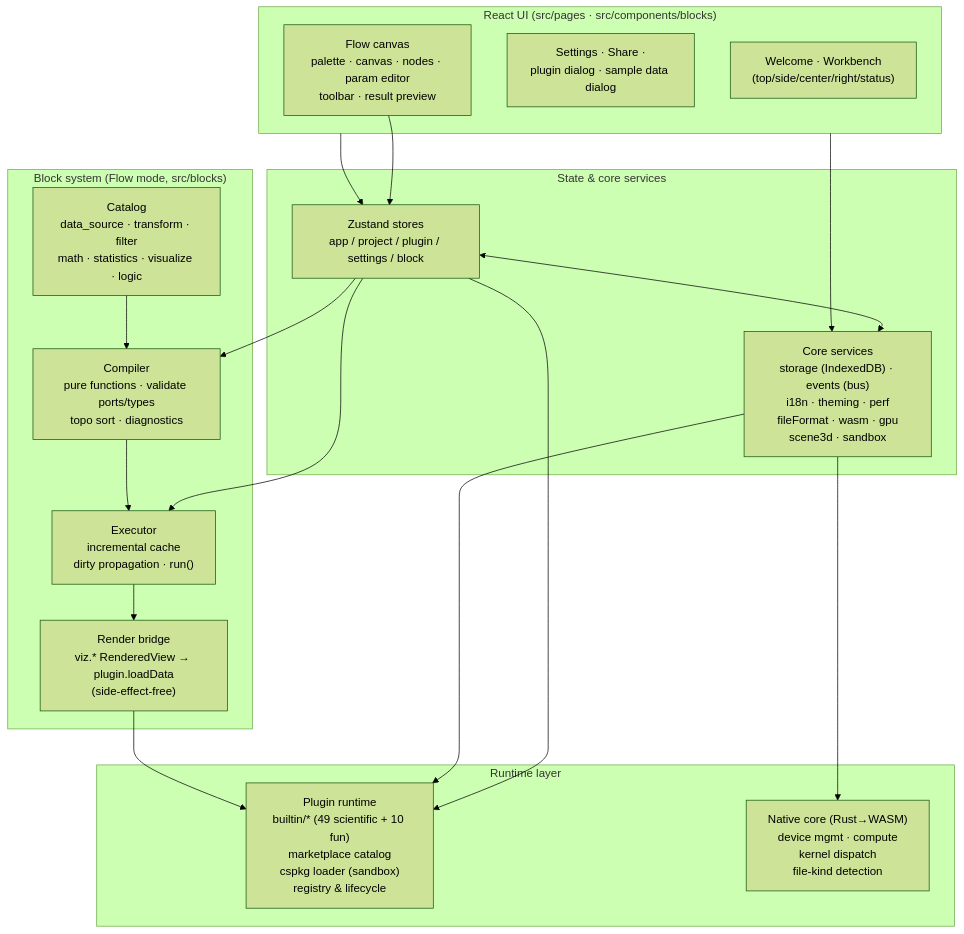
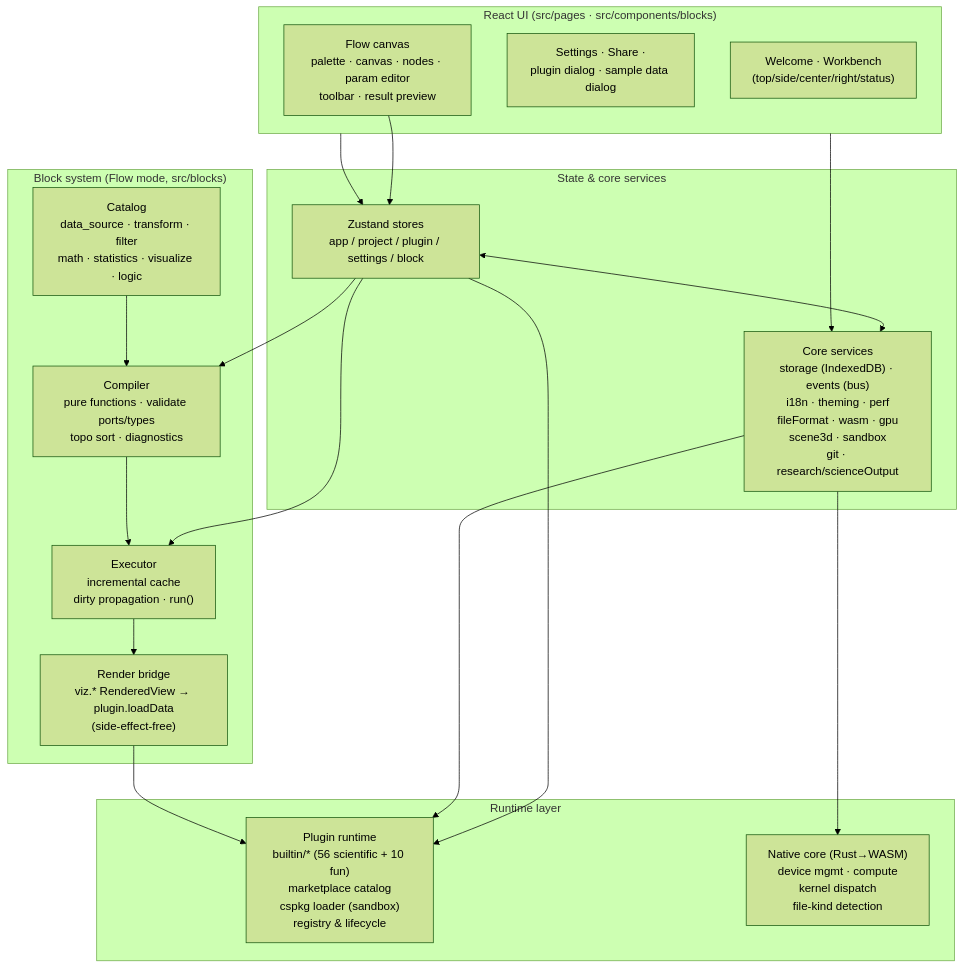
Before and after one commit to SnowLeopard-io/ErgalicsStudio: the diagram in README.md, drawn with Mermaid (forest theme). The commit also changed other lines of this file and 1 other file, not shown here.

````diff
--- a/README.md
+++ b/README.md
@@ -178,39 +205,39 @@
 ```mermaid
 flowchart TB
     subgraph UI["React UI (src/pages · src/components/blocks)"]
         A1["Welcome · Workbench<br/>(top/side/center/right/status)"]
         A2["Settings · Share ·<br/>plugin dialog · sample data dialog"]
         A3["Flow canvas<br/>palette · canvas · nodes · param editor<br/>toolbar · result preview"]
     end
 
     subgraph State["State & core services"]
         B1["Zustand stores<br/>app / project / plugin / settings / block"]
-        B2["Core services<br/>storage (IndexedDB) · events (bus)<br/>i18n · theming · perf<br/>fileFormat · wasm · gpu<br/>scene3d · sandbox"]
+        B2["Core services<br/>storage (IndexedDB) · events (bus)<br/>i18n · theming · perf<br/>fileFormat · wasm · gpu<br/>scene3d · sandbox<br/>git · research/scienceOutput"]
     end
 
     subgraph Blocks["Block system (Flow mode, src/blocks)"]
         D1["Catalog<br/>data_source · transform · filter<br/>math · statistics · visualize · logic"]
         D2["Compiler<br/>pure functions · validate ports/types<br/>topo sort · diagnostics"]
         D3["Executor<br/>incremental cache<br/>dirty propagation · run()"]
         D4["Render bridge<br/>viz.* RenderedView → plugin.loadData<br/>(side-effect-free)"]
     end
 
     subgraph Runtime["Runtime layer"]
-        C1["Plugin runtime<br/>builtin/* (49 scientific + 10 fun)<br/>marketplace catalog<br/>cspkg loader (sandbox)<br/>registry & lifecycle"]
+        C1["Plugin runtime<br/>builtin/* (56 scientific + 10 fun)<br/>marketplace catalog<br/>cspkg loader (sandbox)<br/>registry & lifecycle"]
         C2["Native core (Rust→WASM)<br/>device mgmt · compute<br/>kernel dispatch<br/>file-kind detection"]
     end
 
     UI --> B1
     UI --> B2
     B1 <--> B2
     B1 --> C1
     B2 --> C1
     B2 --> C2
     A3 --> B1
     B1 --> D2
     B1 --> D3
     D2 --> D3
     D1 --> D2
     D3 --> D4
     D4 --> C1
 ```
````
